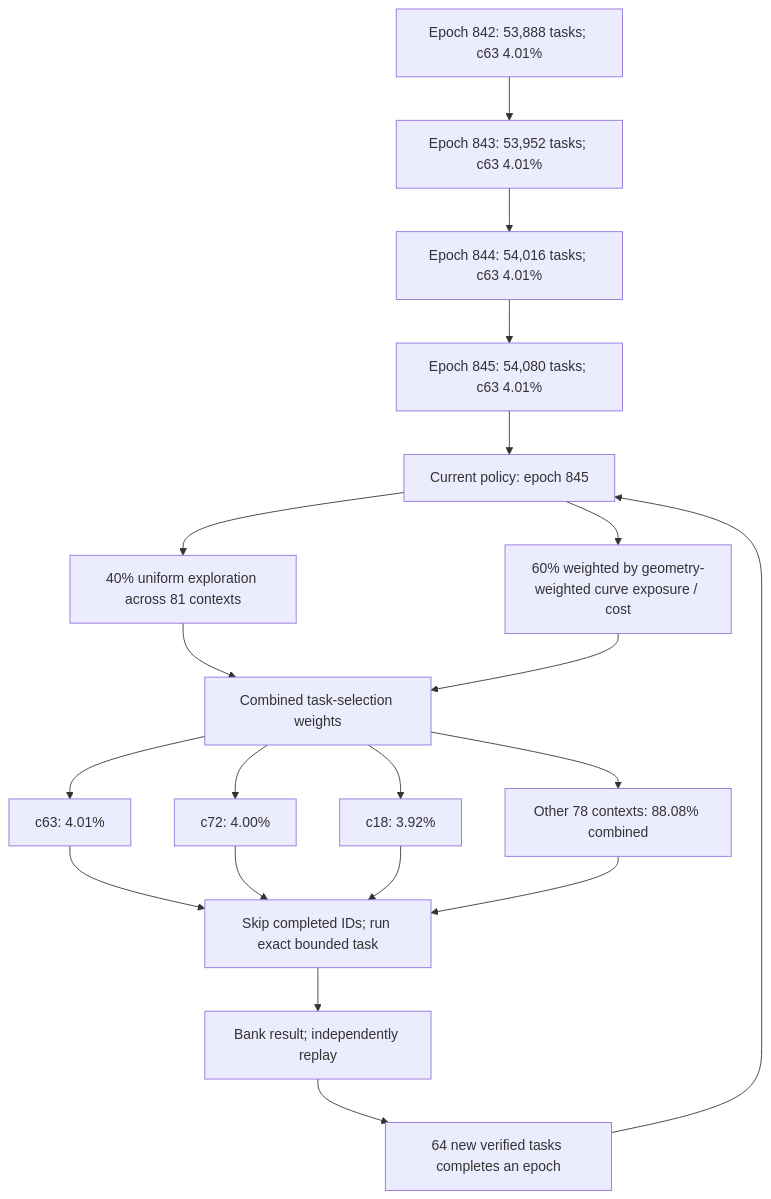
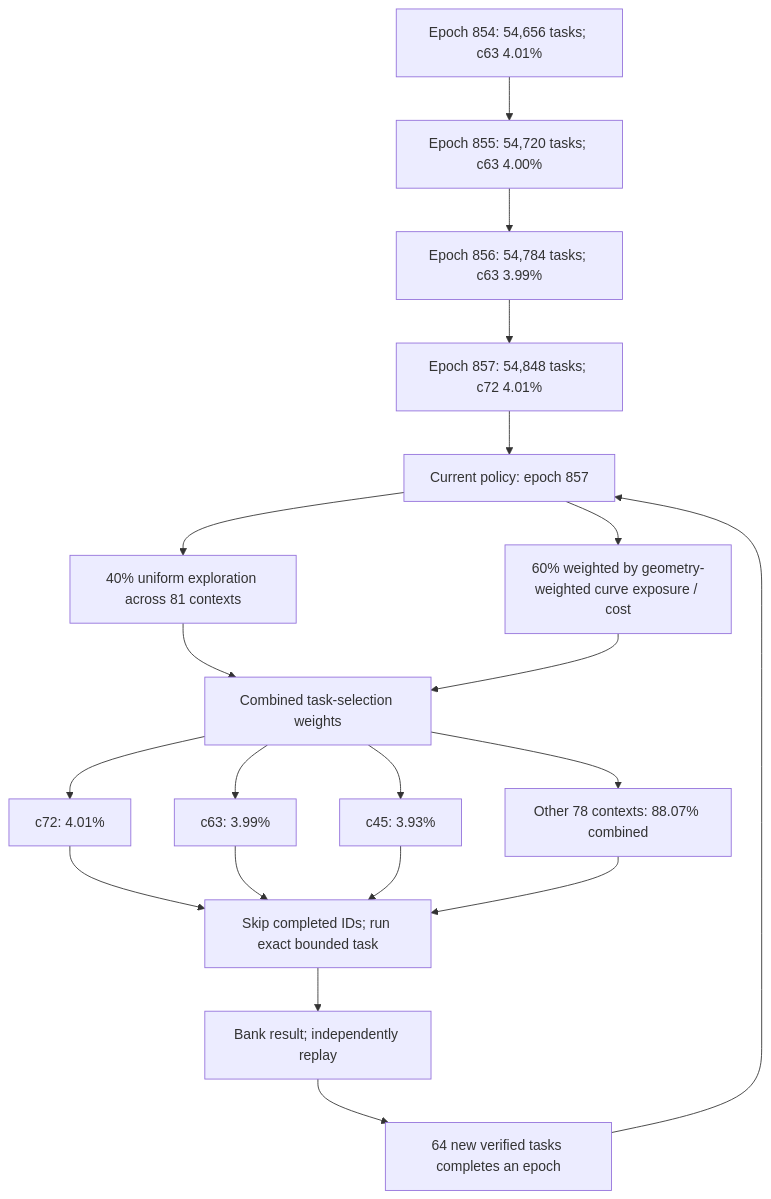
Before and after one commit to Kuberwastaken/math-gambling: the first of 3 diagrams in README.md, drawn with Mermaid. The commit also changed other lines of this file and 1638 other files, not shown here.

````diff
--- a/README.md
+++ b/README.md
@@ -55,27 +55,27 @@
 ```mermaid
 flowchart TD
-    H0["Epoch 842: 53,888 tasks; c63 4.01%"]
-    H1["Epoch 843: 53,952 tasks; c63 4.01%"]
+    H0["Epoch 854: 54,656 tasks; c63 4.01%"]
+    H1["Epoch 855: 54,720 tasks; c63 4.00%"]
     H0 --> H1
-    H2["Epoch 844: 54,016 tasks; c63 4.01%"]
+    H2["Epoch 856: 54,784 tasks; c63 3.99%"]
     H1 --> H2
-    H3["Epoch 845: 54,080 tasks; c63 4.01%"]
+    H3["Epoch 857: 54,848 tasks; c72 4.01%"]
     H2 --> H3
-    Policy["Current policy: epoch 845"]
+    Policy["Current policy: epoch 857"]
     H3 --> Policy
     Policy --> Explore["40% uniform exploration across 81 contexts"]
     Policy --> Cost["60% weighted by geometry-weighted curve exposure / cost"]
     Explore --> Mix["Combined task-selection weights"]
     Cost --> Mix
-    Mix --> C0["c63: 4.01%"]
-    Mix --> C1["c72: 4.00%"]
-    Mix --> C2["c18: 3.92%"]
-    Mix --> Rest["Other 78 contexts: 88.08% combined"]
+    Mix --> C0["c72: 4.01%"]
+    Mix --> C1["c63: 3.99%"]
+    Mix --> C2["c45: 3.93%"]
+    Mix --> Rest["Other 78 contexts: 88.07% combined"]
     C0 --> Check["Skip completed IDs; run exact bounded task"]
     C1 --> Check
     C2 --> Check
     Rest --> Check
     Check --> Replay["Bank result; independently replay"]
     Replay --> Gate["64 new verified tasks completes an epoch"]
     Gate --> Policy
 ```
````
